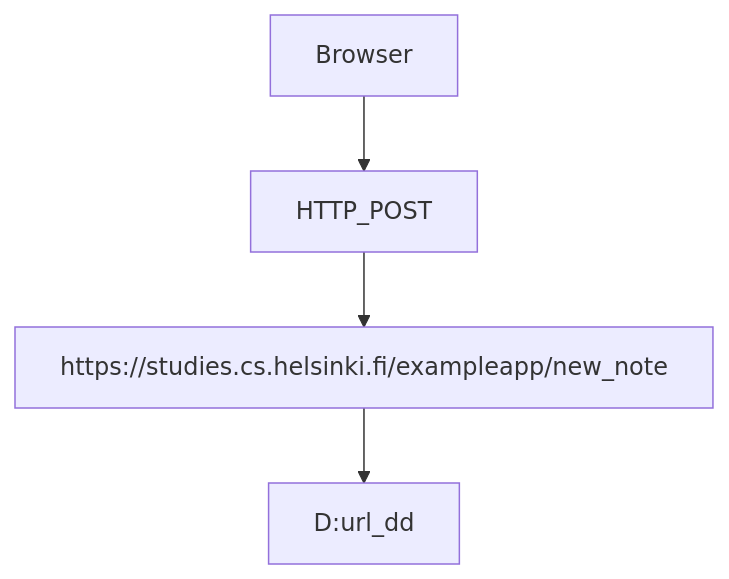
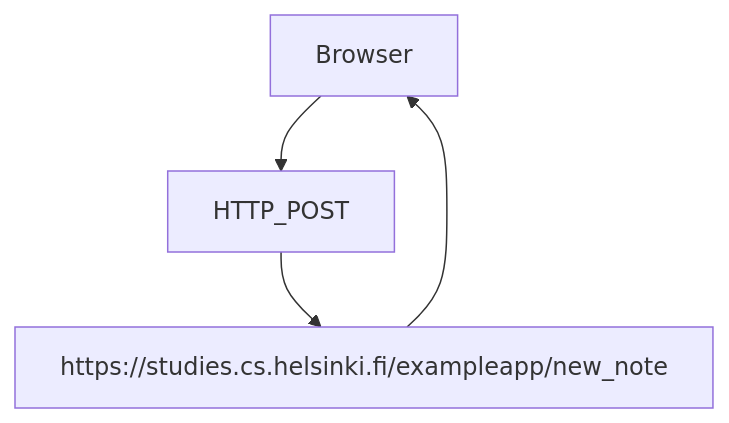
One commit to TomppeliG6-8/fullstack changed the diagram in Part0/0.4 - New note diagram/readme.md. Above: the diagram before and after it, drawn with Mermaid.

````diff
--- a/Part0/0.4 - New note diagram/readme.md
+++ b/Part0/0.4 - New note diagram/readme.md
@@ -1,5 +1,5 @@
 ```mermaid
 graph TD;
     Browser-->HTTP_POST-->https://studies.cs.helsinki.fi/exampleapp/new_note;
-    https://studies.cs.helsinki.fi/exampleapp/new_note-->D:url_dd;
+    https://studies.cs.helsinki.fi/exampleapp/new_note-->Browser;
 ```
````
